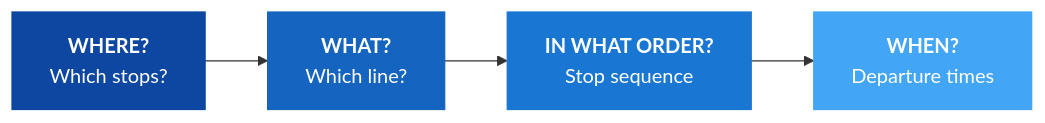
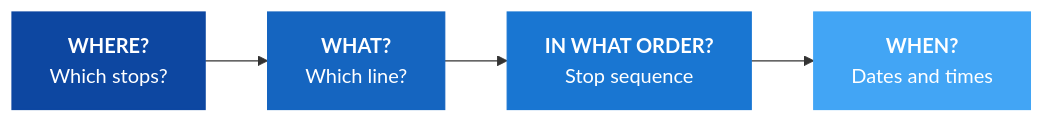
The first of 5 diagrams in Guides/HowToBuildATimetable/HowToBuildATimetable_Guide.md (hfjelstad/NeTEx-Nordic), drawn with Mermaid before and after one commit. The commit also changed other lines of this file, not shown here.

Commit message:
Update diagrams and tables to include DatedServiceJourney and OperatingDay throughout

````diff
--- a/Guides/HowToBuildATimetable/HowToBuildATimetable_Guide.md
+++ b/Guides/HowToBuildATimetable/HowToBuildATimetable_Guide.md
@@ -25,14 +25,14 @@
 ```mermaid
 flowchart LR
     Q1["<b>WHERE?</b><br/>Which stops?"]
     Q2["<b>WHAT?</b><br/>Which line?"]
     Q3["<b>IN WHAT ORDER?</b><br/>Stop sequence"]
-    Q4["<b>WHEN?</b><br/>Departure times"]
+    Q4["<b>WHEN?</b><br/>Dates and times"]
 
     Q1 --> Q2 --> Q3 --> Q4
 
     style Q1 fill:#0D47A1,stroke:#0D47A1,color:#fff
     style Q2 fill:#1565C0,stroke:#1565C0,color:#fff
     style Q3 fill:#1976D2,stroke:#1976D2,color:#fff
     style Q4 fill:#42A5F5,stroke:#42A5F5,color:#fff
 ```
````
